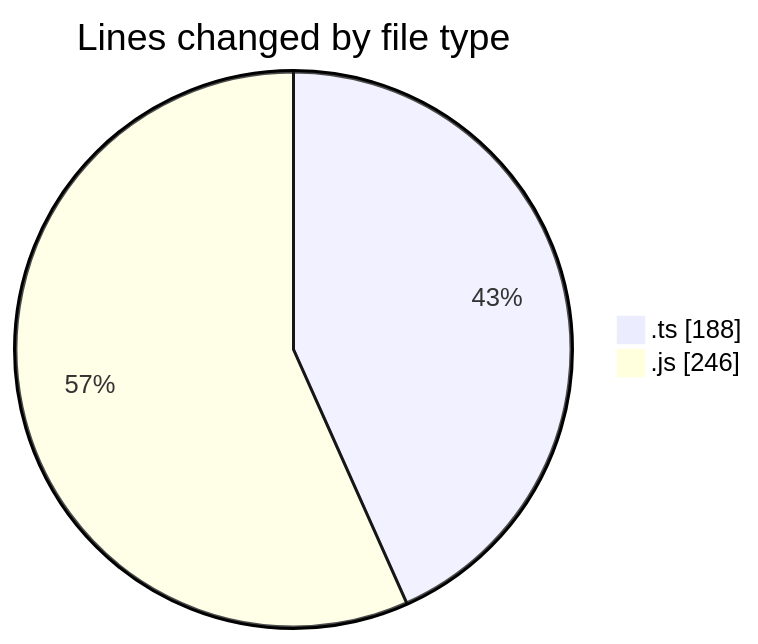
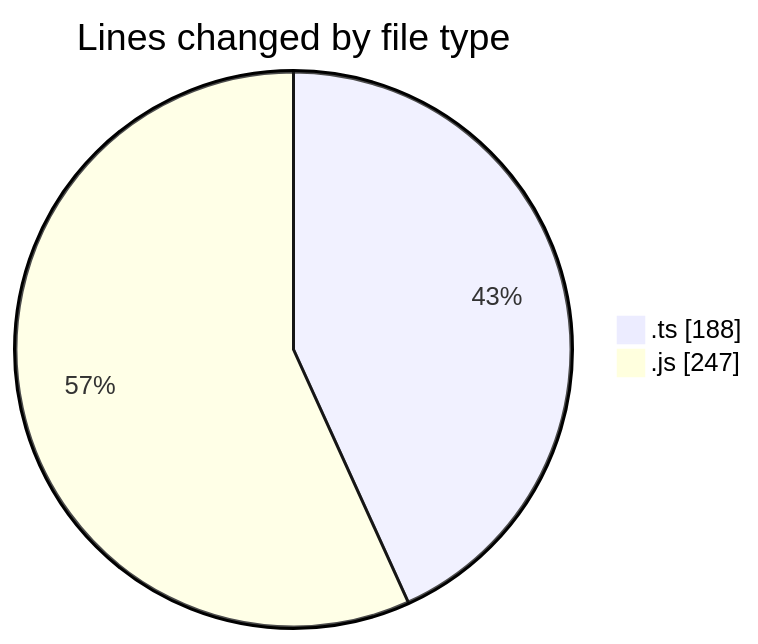
One commit to momahboobian/code-tracking changed the first of 2 diagrams in 2025-03-12/cda/README.md. Above: the diagram before and after it, drawn with Mermaid. The commit also changed other lines of this file and 1 other file, not shown here.

````diff
--- a/2025-03-12/cda/README.md
+++ b/2025-03-12/cda/README.md
@@ -25,6 +25,6 @@
 ```mermaid
 pie showData
 title Lines changed by file type
 ".ts" : 188
-".js" : 246
+".js" : 247
 ```
````
